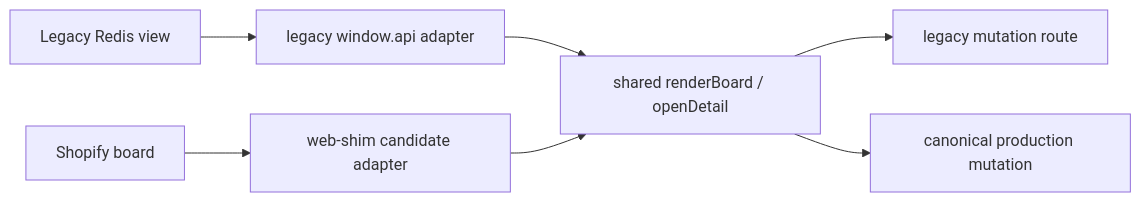
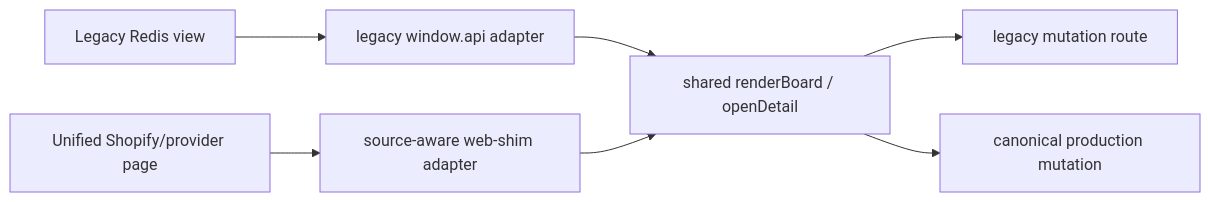
Before and after one commit to personman1234567/PrintMO-Order-Management: the second of 2 diagrams in docs/official-docs/workflows/order-ingestion-kanban.md, drawn with Mermaid. The commit also changed other lines of this file and 12 other files, not shown here.

Commit message:
Added provider-aware Etsy orders to the shared production board with source styling, safe production state, and synthetic pilot coverage

````diff
--- a/docs/official-docs/workflows/order-ingestion-kanban.md
+++ b/docs/official-docs/workflows/order-ingestion-kanban.md
@@ -47,9 +51,9 @@
 ```mermaid
 flowchart LR
     Legacy["Legacy Redis view"] --> LegacyAdapter["legacy window.api adapter"]
-    Candidate["Shopify board"] --> CandidateAdapter["web-shim candidate adapter"]
+    Candidate["Unified Shopify/provider page"] --> CandidateAdapter["source-aware web-shim adapter"]
     LegacyAdapter --> Renderer["shared renderBoard / openDetail"]
     CandidateAdapter --> Renderer
     Renderer --> LegacyMutation["legacy mutation route"]
     Renderer --> CandidateMutation["canonical production mutation"]
 ```
````
